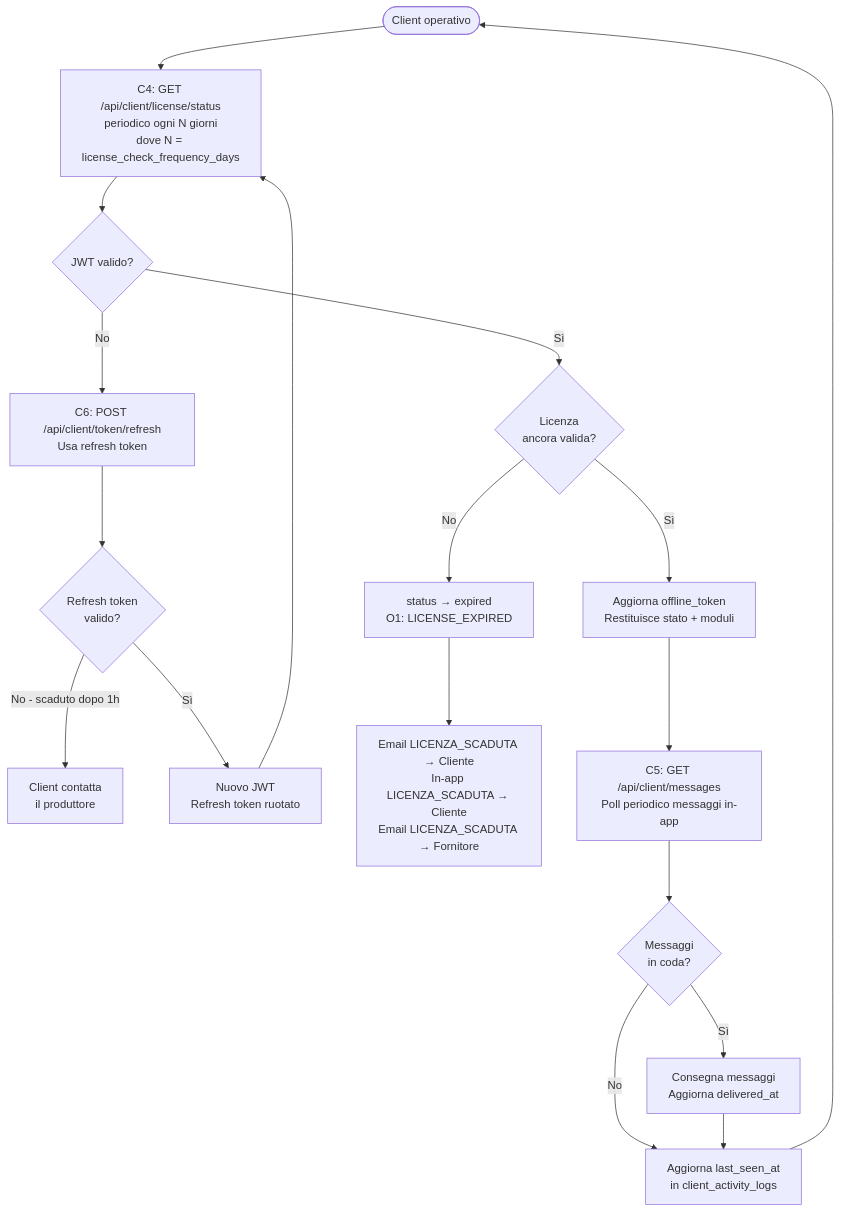
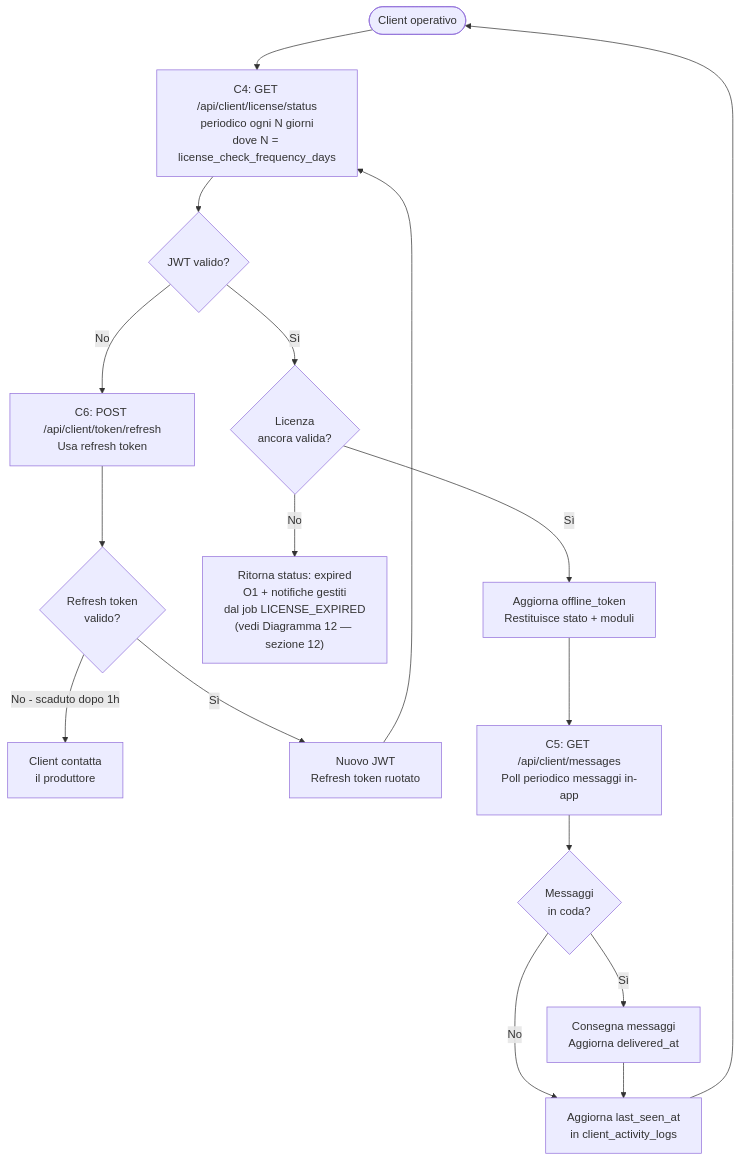
One commit to pimpy67/BK_SHIELD changed the fourth of 13 diagrams in Flowchart_Servizio_Gestione_Licenze.md. Above: the diagram before and after it, drawn with Mermaid. The commit also changed other lines of this file and 8 other files, not shown here.

First line of the commit message:
Aggiorna analisi v4, flowchart e aggiunge endpoint v5 (decisione Alvise 09/06/2026)

````diff
--- a/Flowchart_Servizio_Gestione_Licenze.md
+++ b/Flowchart_Servizio_Gestione_Licenze.md
@@ -85,23 +93,22 @@
 ```mermaid
 flowchart TD
     START(["Client operativo"]) --> C4["C4: GET /api/client/license/status\nperiodico ogni N giorni\ndove N = license_check_frequency_days"]
 
     C4 --> CHK_AUTH{"JWT valido?"}
     CHK_AUTH -->|No| C6["C6: POST /api/client/token/refresh\nUsa refresh token"]
     C6 --> CHK_REF{"Refresh token\nvalido?"}
     CHK_REF -->|No - scaduto dopo 1h| CONTACT["Client contatta\nil produttore"]
     CHK_REF -->|Sì| NEW_JWT["Nuovo JWT\nRefresh token ruotato"]
     NEW_JWT --> C4
 
     CHK_AUTH -->|Sì| CHK_LIC{"Licenza\nancora valida?"}
-    CHK_LIC -->|No| EXP["status → expired\nO1: LICENSE_EXPIRED"]
-    EXP --> NOTIFY_EXP["Email LICENZA_SCADUTA → Cliente\nIn-app LICENZA_SCADUTA → Cliente\nEmail LICENZA_SCADUTA → Fornitore"]
+    CHK_LIC -->|No| EXP["Ritorna status: expired\nO1 + notifiche gestiti\ndal job LICENSE_EXPIRED\n(vedi Diagramma 12 — sezione 12)"]
 
     CHK_LIC -->|Sì| UPD["Aggiorna offline_token\nRestituisce stato + moduli"]
     UPD --> C5["C5: GET /api/client/messages\nPoll periodico messaggi in-app"]
     C5 --> MSG{"Messaggi\nin coda?"}
     MSG -->|Sì| DELIVER["Consegna messaggi\nAggiorna delivered_at"]
     MSG -->|No| LOG["Aggiorna last_seen_at\nin client_activity_logs"]
     DELIVER --> LOG
     LOG --> START
 ```
````
